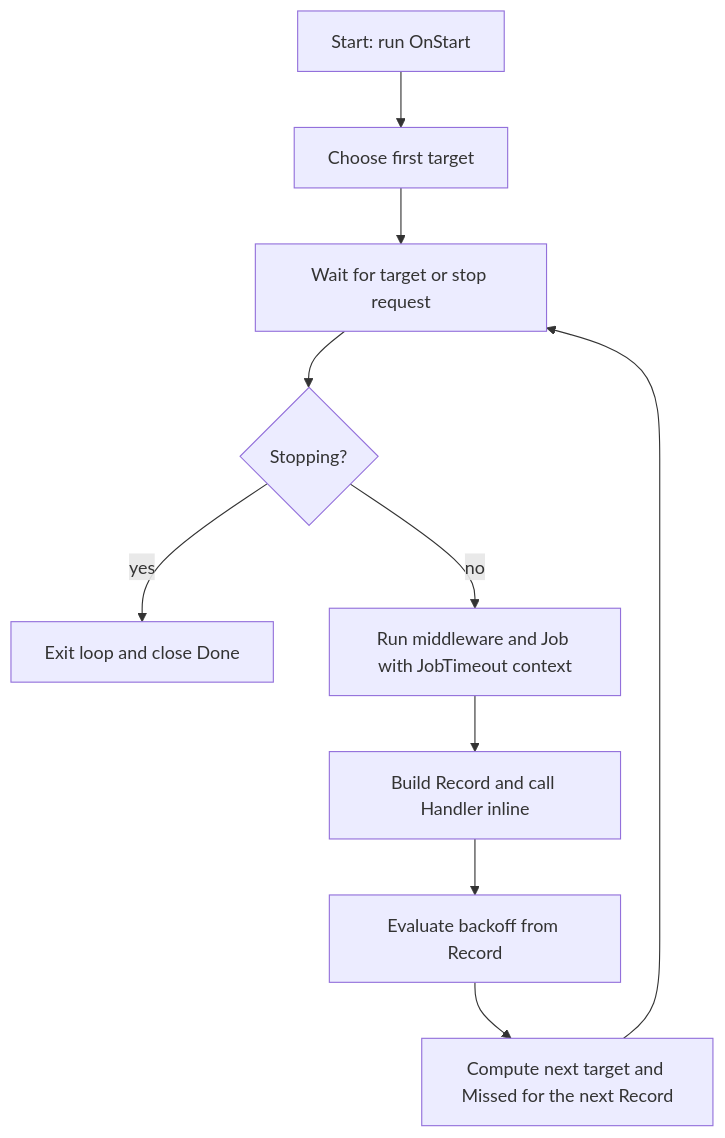
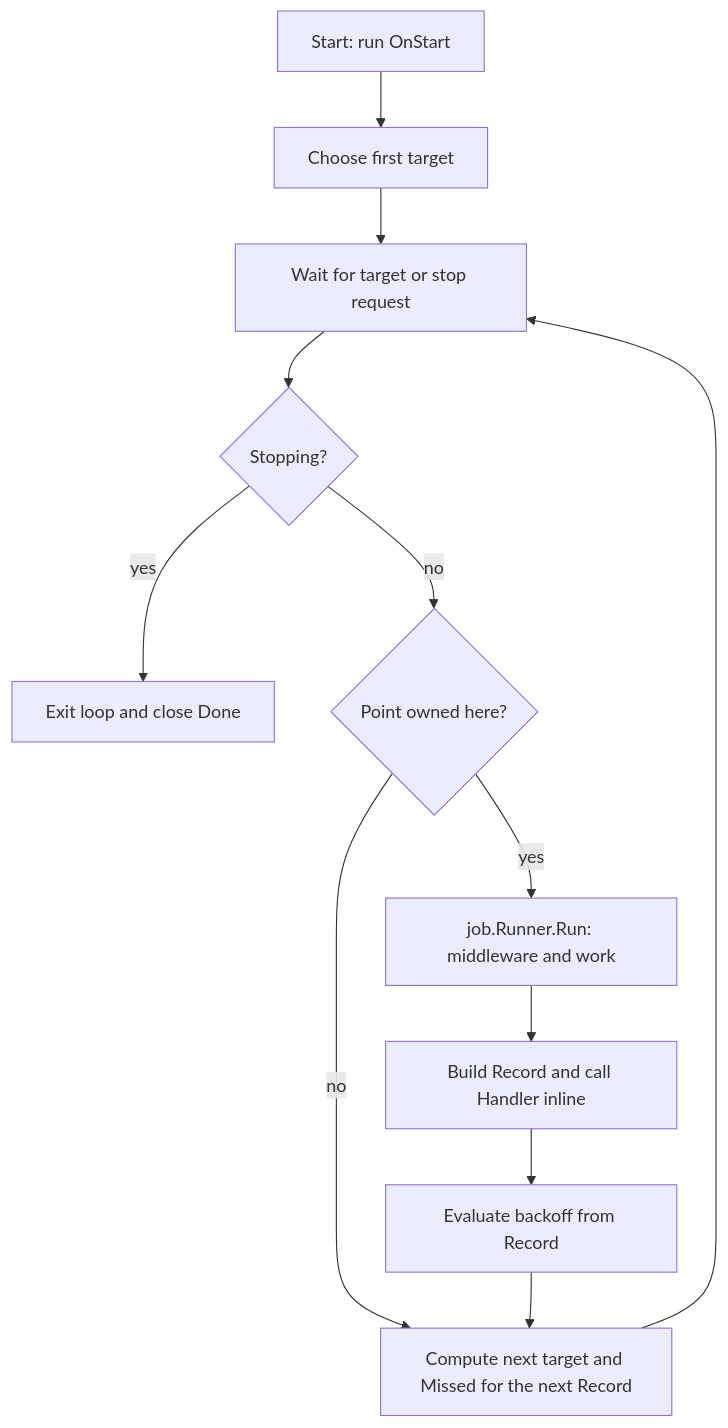
Before and after one commit to uchaloop/beat: the diagram in README.md, drawn with Mermaid. The commit also changed other lines of this file and 21 other files, not shown here.

````diff
--- a/README.md
+++ b/README.md
@@ -98,12 +110,14 @@
 ```mermaid
 flowchart TD
     A[Start: run OnStart] --> B[Choose first target]
     B --> C[Wait for target or stop request]
     C --> D{Stopping?}
     D -->|yes| Z[Exit loop and close Done]
-    D -->|no| E[Run middleware and Job with JobTimeout context]
-    E --> F[Build Record and call Handler inline]
+    D -->|no| E{Point owned here?}
+    E -->|no| H
+    E -->|yes| R[job.Runner.Run: middleware and work]
+    R --> F[Build Record and call Handler inline]
     F --> G[Evaluate backoff from Record]
     G --> H[Compute next target and Missed for the next Record]
     H --> C
 ```
````
